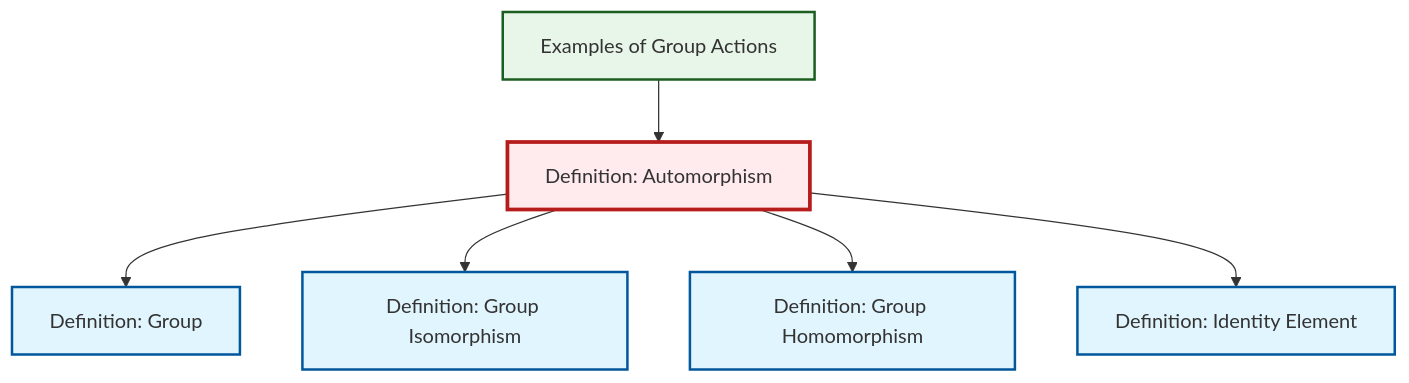
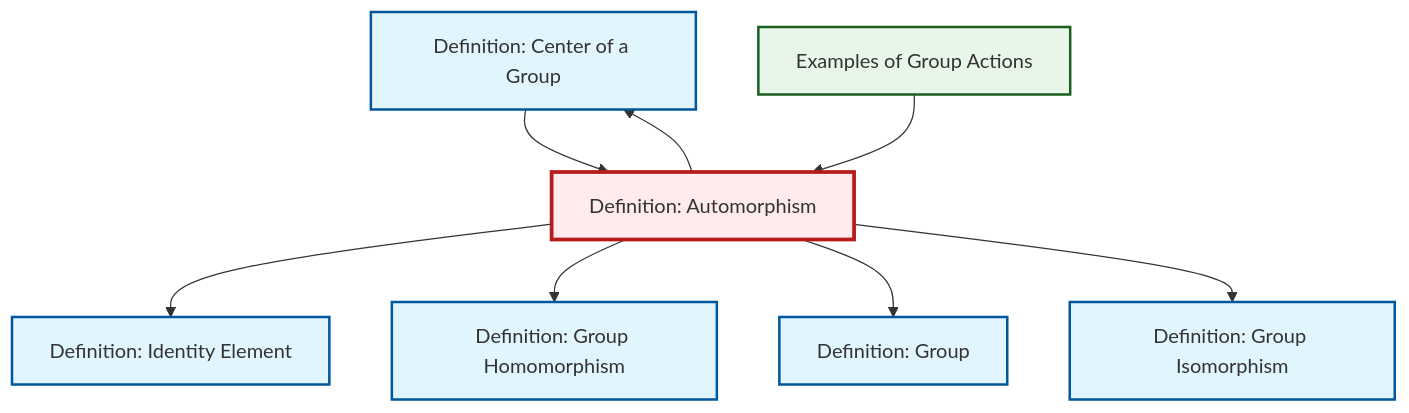
Before and after one commit to RK0429/ModernMath: the diagram in content/ja/algebra/def-automorphism.qmd, drawn with Mermaid. The commit also changed other lines of this file and 634 other files, not shown here.

````diff
--- a/content/ja/algebra/def-automorphism.qmd
+++ b/content/ja/algebra/def-automorphism.qmd
@@ -101,26 +101,30 @@
 ```{mermaid}
 %%| fig-cap: "Local dependency graph"
 graph TD
     classDef definition fill:#e1f5fe,stroke:#01579b,stroke-width:2px
     classDef theorem fill:#f3e5f5,stroke:#4a148c,stroke-width:2px
     classDef axiom fill:#fff3e0,stroke:#e65100,stroke-width:2px
     classDef example fill:#e8f5e9,stroke:#1b5e20,stroke-width:2px
     classDef current fill:#ffebee,stroke:#b71c1c,stroke-width:3px
     def-group["Definition: Group"]:::definition
+    def-center-of-group["Definition: Center of a Group"]:::definition
     def-isomorphism["Definition: Group Isomorphism"]:::definition
+    def-homomorphism["Definition: Group Homomorphism"]:::definition
+    def-identity-element["Definition: Identity Element"]:::definition
     def-automorphism["Definition: Automorphism"]:::definition
-    def-homomorphism["Definition: Group Homomorphism"]:::definition
     ex-group-action-examples["Examples of Group Actions"]:::example
-    def-identity-element["Definition: Identity Element"]:::definition
+    def-automorphism --> def-identity-element
+    def-automorphism --> def-homomorphism
     def-automorphism --> def-group
+    def-center-of-group --> def-automorphism
     def-automorphism --> def-isomorphism
-    def-automorphism --> def-homomorphism
-    def-automorphism --> def-identity-element
     ex-group-action-examples --> def-automorphism
+    def-automorphism --> def-center-of-group
     class def-automorphism current
     click def-group "def-group.html" "Definition: Groupへ"
+    click def-center-of-group "def-center-of-group.html" "Definition: Center of a Groupへ"
     click def-isomorphism "def-isomorphism.html" "Definition: Group Isomorphismへ"
     click def-homomorphism "def-homomorphism.html" "Definition: Group Homomorphismへ"
+    click def-identity-element "def-identity-element.html" "Definition: Identity Elementへ"
     click ex-group-action-examples "ex-group-action-examples.html" "Examples of Group Actionsへ"
-    click def-identity-element "def-identity-element.html" "Definition: Identity Elementへ"
 ```
````
